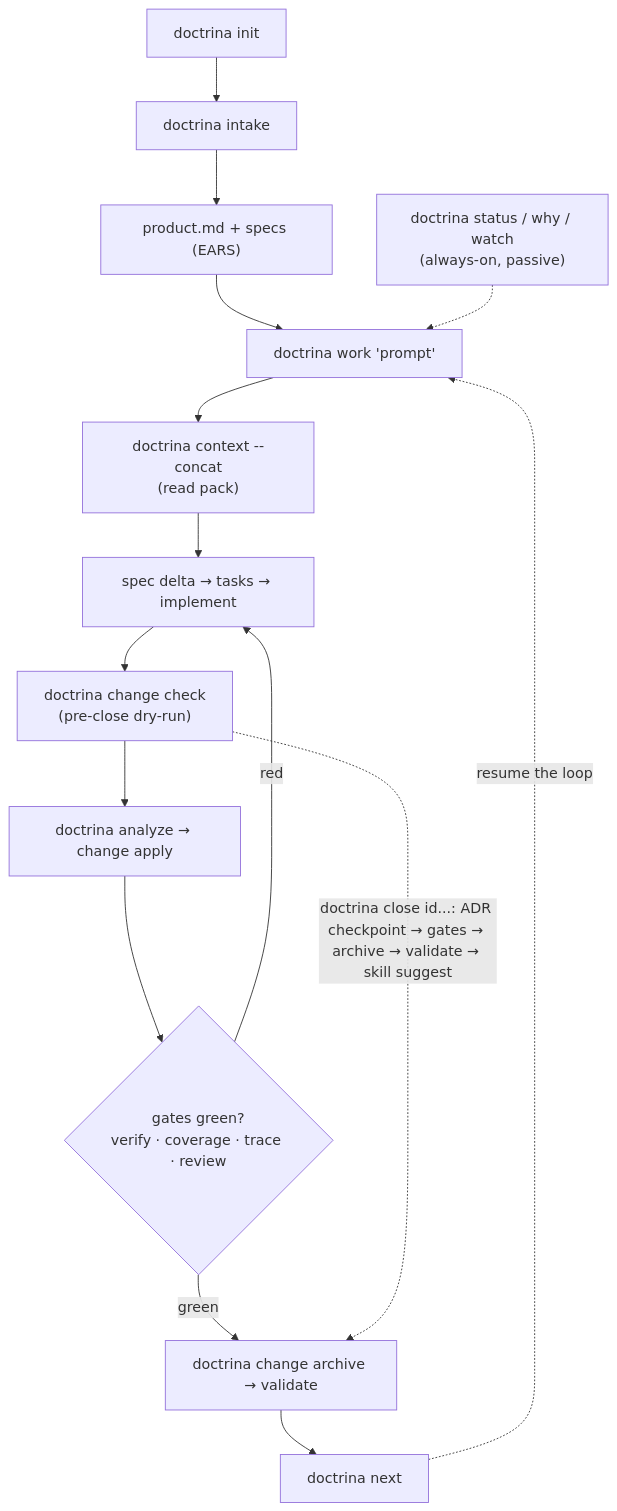
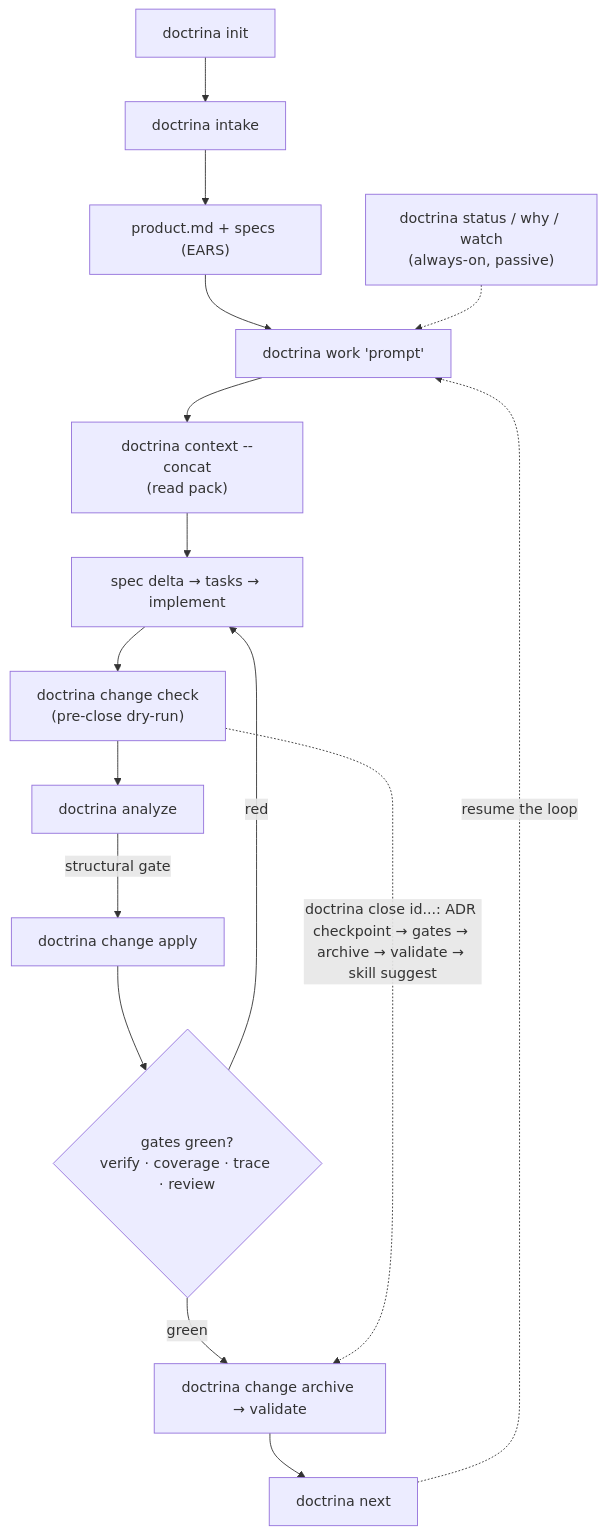
The diagram in README.md (GCarin1/Doctrina), drawn with Mermaid before and after one commit. The commit also changed other lines of this file and 103 other files, not shown here.

````diff
--- a/README.md
+++ b/README.md
@@ -29,17 +29,18 @@
 ```mermaid
 flowchart TD
     I["doctrina init"] --> N["doctrina intake"]
     N --> P["product.md + specs (EARS)"]
     P --> W["doctrina work 'prompt'"]
     W --> C["doctrina context --concat<br/>(read pack)"]
     C --> E["spec delta → tasks → implement"]
     E --> CK["doctrina change check<br/>(pre-close dry-run)"]
-    CK --> AP["doctrina analyze → change apply"]
+    CK --> AN["doctrina analyze"]
+    AN -- "structural gate" --> AP["doctrina change apply"]
     AP --> GATE{"gates green?<br/>verify · coverage · trace · review"}
     GATE -- "red" --> E
     GATE -- "green" --> AR["doctrina change archive → validate"]
     AR --> NX["doctrina next"]
     NX -. "resume the loop" .-> W
     CK -. "doctrina close id...: ADR checkpoint → gates → archive → validate → skill suggest" .-> AR
     STAT["doctrina status / why / watch<br/>(always-on, passive)"] -.-> W
 ```
````
